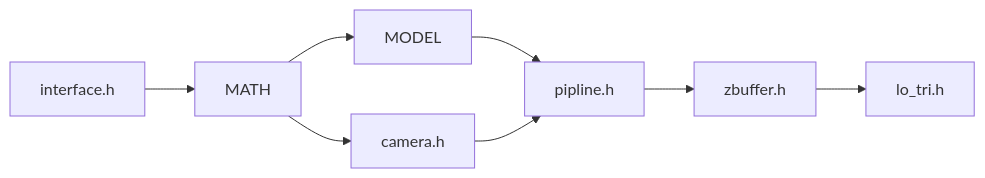
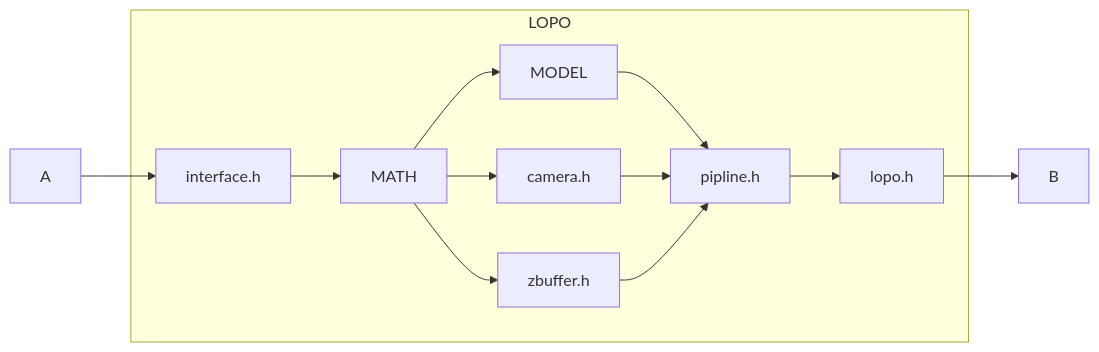
One commit to ShilianShen/Jasmin changed the first of 4 diagrams in src/jasmin/lo_tri/README.md. Above: the diagram before and after it, drawn with Mermaid. The commit also changed other lines of this file and 63 other files, not shown here.

````diff
--- a/src/jasmin/lo_tri/README.md
+++ b/src/jasmin/lo_tri/README.md
@@ -3,7 +3,12 @@
 ```mermaid
-graph LR
-    interface.h --> MATH
-    MATH --> MODEL --> pipline.h
-    MATH -->camera.h --> pipline.h
-    pipline.h --> zbuffer.h --> lo_tri.h
+flowchart LR
+    A --> interface.h
+    subgraph LOPO
+        interface.h --> MATH
+        MATH --> MODEL --> pipline.h
+        MATH --> camera.h --> pipline.h
+        MATH --> zbuffer.h --> pipline.h
+        pipline.h --> lopo.h
+    end
+    lopo.h --> B
 ```
````
